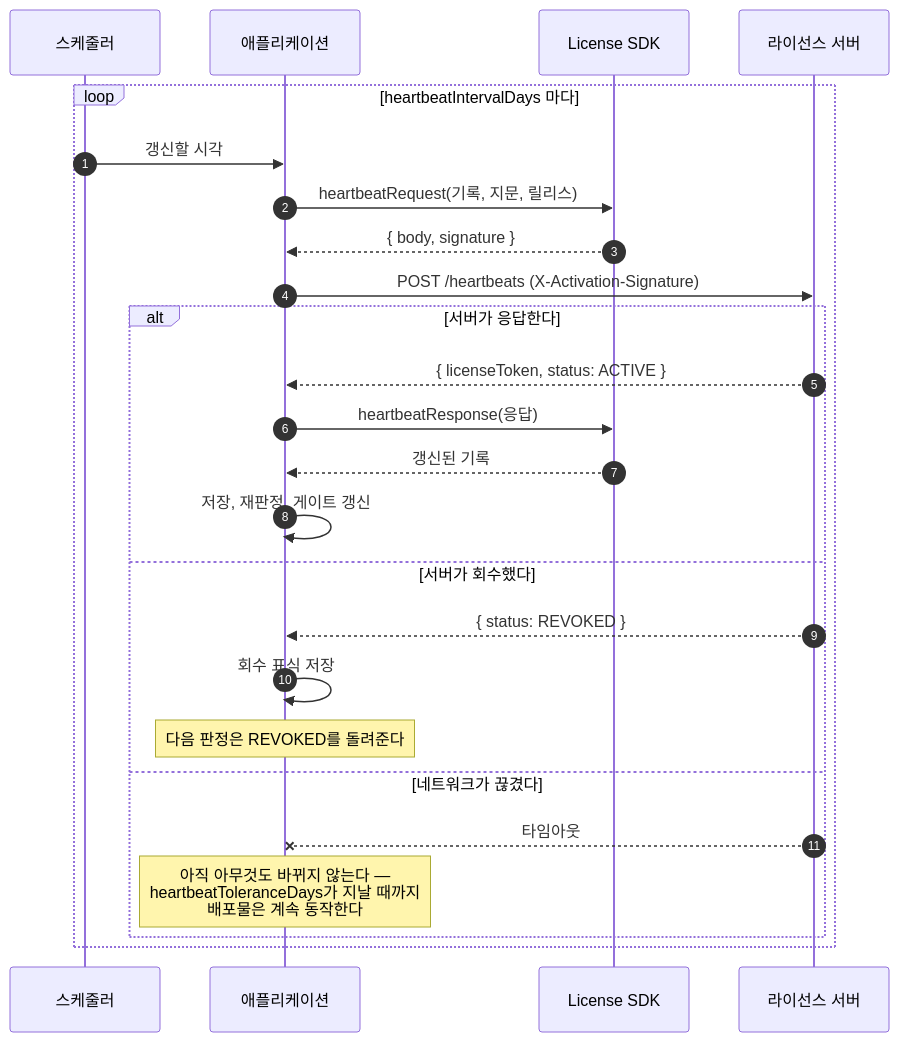
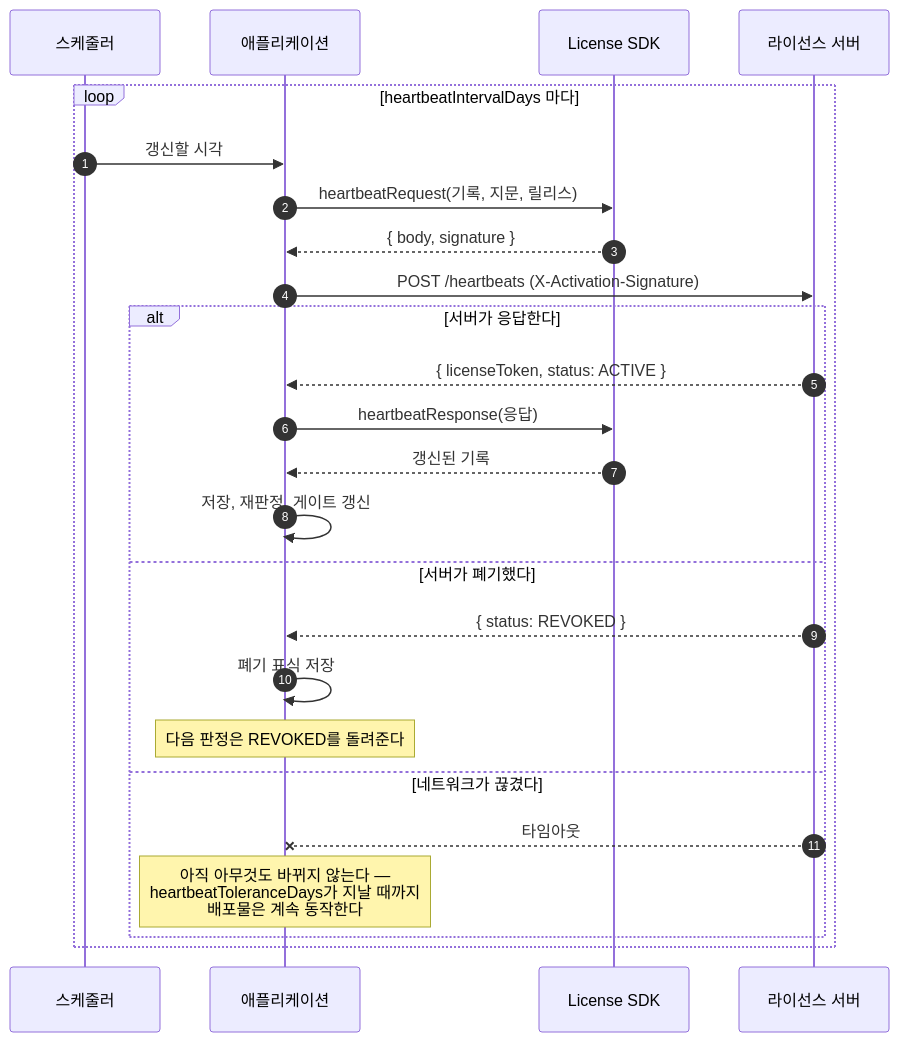
One commit to accesscore-dev/accesscore-license-sdk-dist changed the fourth of 7 diagrams in docs/manual/ko/concepts.md. Above: the diagram before and after it, drawn with Mermaid. The commit also changed other lines of this file and 7 other files, not shown here.

````diff
--- a/docs/manual/ko/concepts.md
+++ b/docs/manual/ko/concepts.md
@@ -174,29 +174,29 @@
 ```mermaid
 sequenceDiagram
     autonumber
     participant Sch as 스케줄러
     participant App as 애플리케이션
     participant SDK as License SDK
     participant Srv as 라이선스 서버
 
     loop heartbeatIntervalDays 마다
         Sch->>App: 갱신할 시각
         App->>SDK: heartbeatRequest(기록, 지문, 릴리스)
         SDK-->>App: { body, signature }
         App->>Srv: POST /heartbeats  (X-Activation-Signature)
 
         alt 서버가 응답한다
             Srv-->>App: { licenseToken, status: ACTIVE }
             App->>SDK: heartbeatResponse(응답)
             SDK-->>App: 갱신된 기록
             App->>App: 저장, 재판정, 게이트 갱신
-        else 서버가 회수했다
+        else 서버가 폐기했다
             Srv-->>App: { status: REVOKED }
-            App->>App: 회수 표식 저장
+            App->>App: 폐기 표식 저장
             Note over App: 다음 판정은 REVOKED를 돌려준다
         else 네트워크가 끊겼다
             Srv--xApp: 타임아웃
             Note over App: 아직 아무것도 바뀌지 않는다 —<br/>heartbeatToleranceDays가 지날 때까지<br/>배포물은 계속 동작한다
         end
     end
 ```
````
